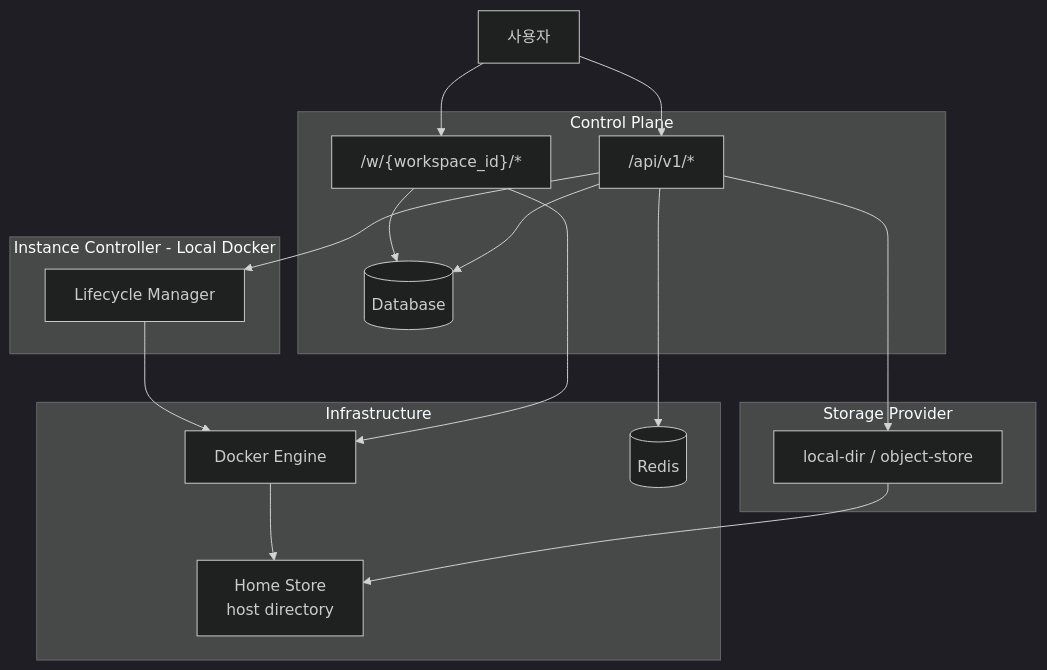
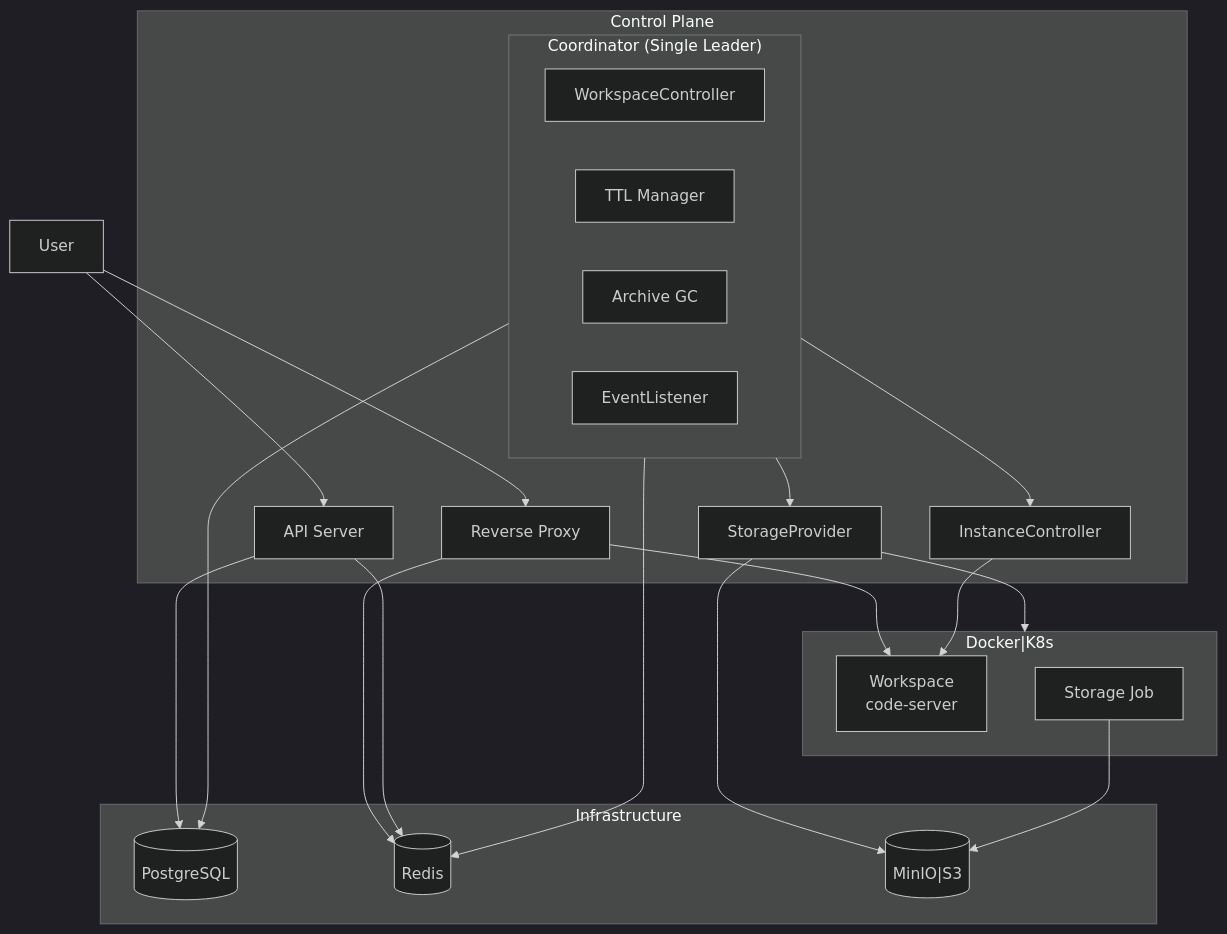
One commit to cagojeiger/code-hub changed the first of 2 diagrams in docs/architecture/README.md. Above: the diagram before and after it, drawn with Mermaid (dark theme). The commit also changed other lines of this file and 34 other files, not shown here.

````diff
--- a/docs/architecture/README.md
+++ b/docs/architecture/README.md
@@ -22,36 +16,47 @@
 ```mermaid
 graph TB
-    User[사용자]
+    User[User]
 
-    subgraph ControlPlane[Control Plane]
-        API["/api/v1/*"]
-        Proxy["/w/{workspace_id}/*"]
-        DB[(Database)]
+    subgraph "Control Plane"
+        API[API Server]
+        Proxy[Reverse Proxy]
+        IC[InstanceController]
+        SP[StorageProvider]
+        subgraph Coordinator["Coordinator (Single Leader)"]
+            WC[WorkspaceController]
+            TTL[TTL Manager]
+            GC[Archive GC]
+            EL[EventListener]
+        end
     end
 
-    subgraph StorageProvider[Storage Provider]
-        SP[local-dir / object-store]
+    subgraph "Infrastructure"
+        DB[(PostgreSQL)]
+        Redis[(Redis)]
+        ObjectStorage[("MinIO|S3")]
     end
 
-    subgraph InstanceController[Instance Controller - Local Docker]
-        IC[Lifecycle Manager]
+    subgraph ContainerRuntime["Docker|K8s"]
+        WS[Workspace<br/>code-server]
+        Job[Storage Job]
     end
 
-    subgraph Infrastructure
-        Docker[Docker Engine]
-        HomeStore[Home Store<br/>host directory]
-        Redis[(Redis)]
-    end
+    User --> Proxy
+    User --> API
 
-    User --> API
-    User --> Proxy
+    Proxy --> WS
+    Proxy --> Redis
+
     API --> DB
-    Proxy --> DB
-    Proxy --> Docker
-    API --> SP
-    SP --> HomeStore
-    API --> IC
-    IC --> Docker
-    Docker --> HomeStore
     API --> Redis
+
+    Coordinator --> DB
+    Coordinator --> Redis
+    Coordinator --> IC
+    Coordinator --> SP
+
+    IC --> WS
+    SP --> ContainerRuntime
+    SP --> ObjectStorage
+    Job --> ObjectStorage
 ```
````
